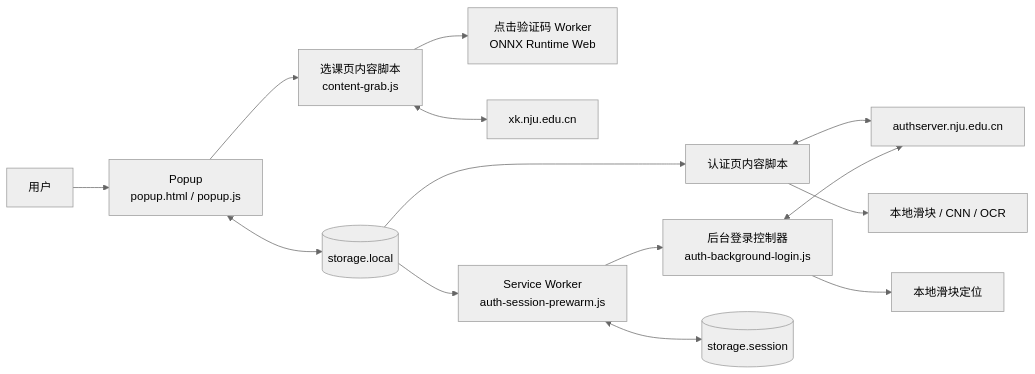
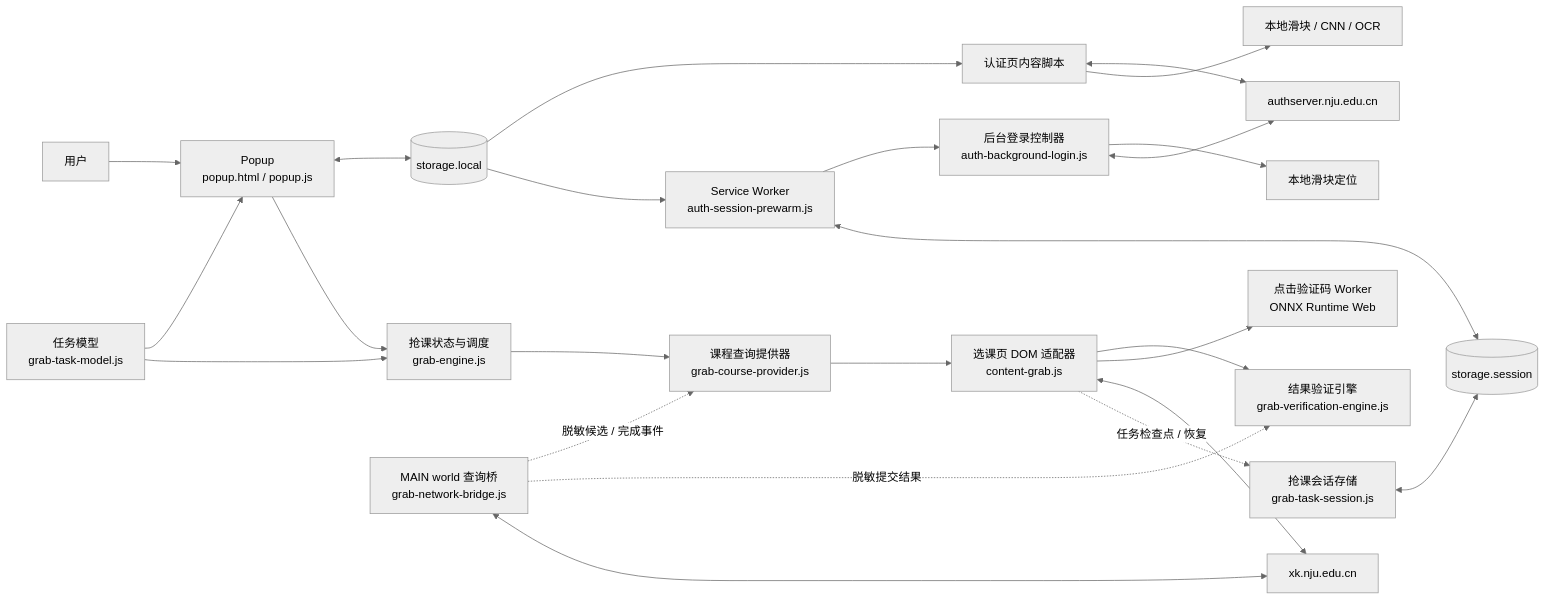
Before and after one commit to treehey/AutoCaptcha: the diagram in docs/architecture.md, drawn with Mermaid (neutral theme). The commit also changed other lines of this file and 39 other files, not shown here.

````diff
--- a/docs/architecture.md
+++ b/docs/architecture.md
@@ -7,18 +7,28 @@
 ```mermaid
 flowchart LR
     U[用户] --> P[Popup<br>popup.html / popup.js]
     P <--> S[(storage.local)]
-    P --> X[选课页内容脚本<br>content-grab.js]
+    TM[任务模型<br>grab-task-model.js] --> P
+    TM --> G
+    P --> G[抢课状态与调度<br>grab-engine.js]
+    G --> CP[课程查询提供器<br>grab-course-provider.js]
+    CP --> X[选课页 DOM 适配器<br>content-grab.js]
+    X --> V[结果验证引擎<br>grab-verification-engine.js]
+    NB[MAIN world 查询桥<br>grab-network-bridge.js] -. 脱敏候选 / 完成事件 .-> CP
+    NB -. 脱敏提交结果 .-> V
+    NB <--> XS[xk.nju.edu.cn]
     X --> W[点击验证码 Worker<br>ONNX Runtime Web]
-    X <--> XS[xk.nju.edu.cn]
+    X <--> XS
 
     A[认证页内容脚本] <--> AS[authserver.nju.edu.cn]
     A --> L[本地滑块 / CNN / OCR]
     S --> A
 
     S --> B[Service Worker<br>auth-session-prewarm.js]
+    X -. 任务检查点 / 恢复 .-> TS[抢课会话存储<br>grab-task-session.js]
+    TS <--> SS[(storage.session)]
     B --> BL[后台登录控制器<br>auth-background-login.js]
     BL --> SL[本地滑块定位]
     BL <--> AS
-    B <--> SS[(storage.session)]
+    B <--> SS
 ```
````
